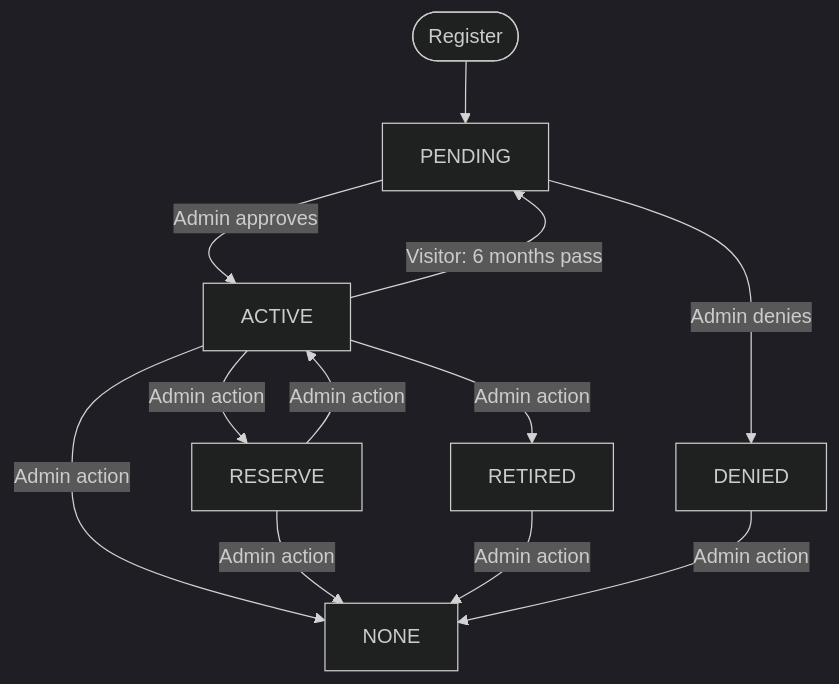
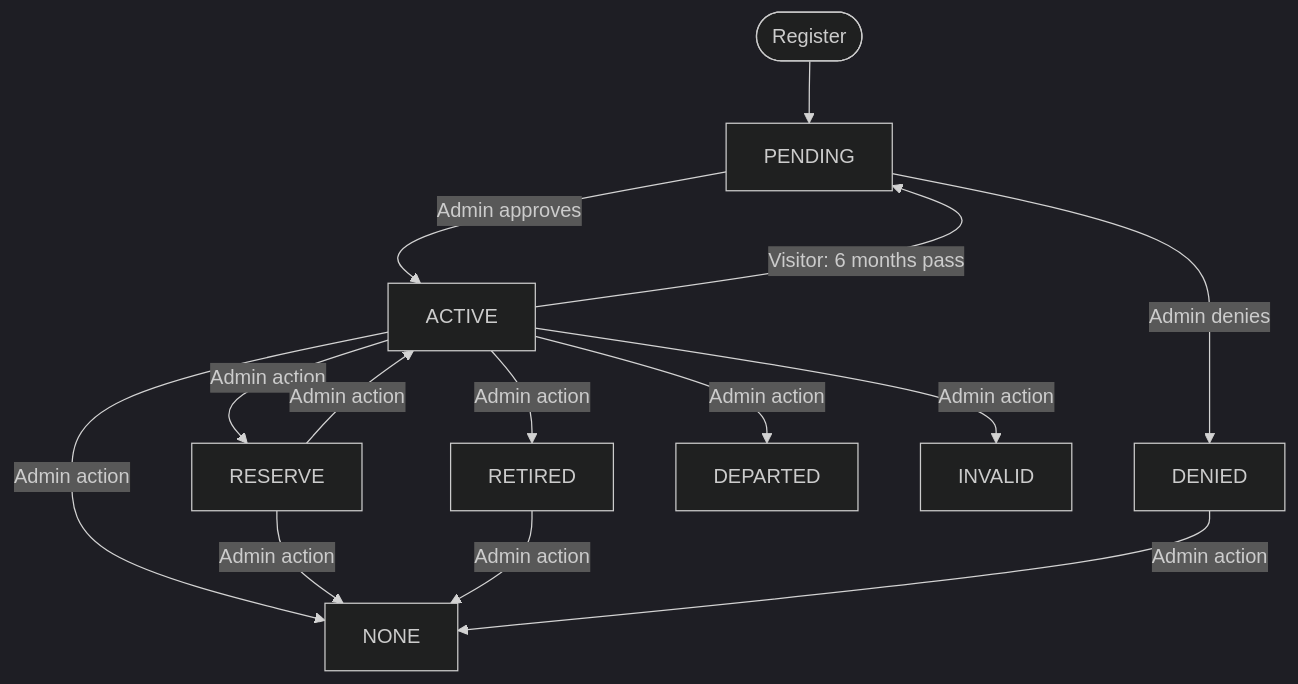
One commit to obsidianslicers/trooper-tracker changed the first of 2 diagrams in docs/MEMBERSHIP_ROLES.md. Above: the diagram before and after it, drawn with Mermaid (dark theme). The commit also changed other lines of this file and 28 other files, not shown here.

Commit message:
feature: invalid and departed accounts (#269)

````diff
--- a/docs/MEMBERSHIP_ROLES.md
+++ b/docs/MEMBERSHIP_ROLES.md
@@ -28,14 +32,16 @@
 ```mermaid
 flowchart TD
     A([Register]) --> B[PENDING]
     B -->|Admin approves| C[ACTIVE]
     B -->|Admin denies| D[DENIED]
     C -->|Admin action| E[RESERVE]
     C -->|Admin action| F[RETIRED]
     C -->|Admin action| G[NONE]
+    C -->|Admin action| H[DEPARTED]
+    C -->|Admin action| I[INVALID]
     E -->|Admin action| C
     E -->|Admin action| G
     F -->|Admin action| G
     D -->|Admin action| G
     C -->|Visitor: 6 months pass| B
 ```
````
